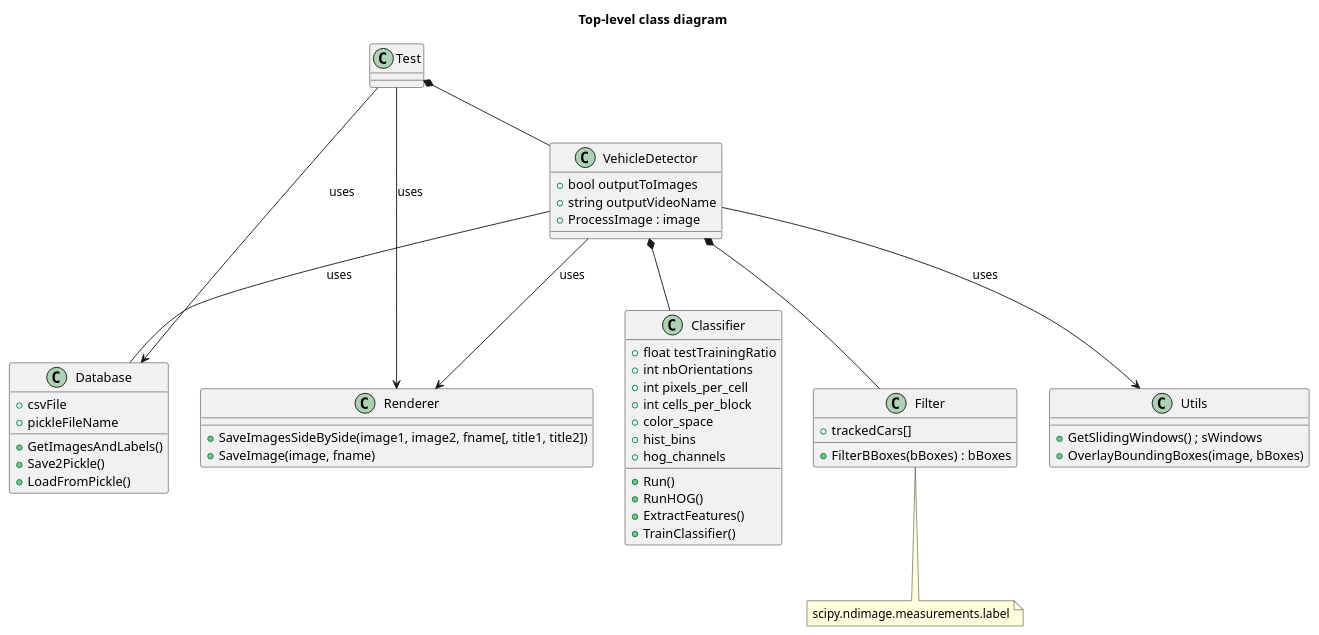
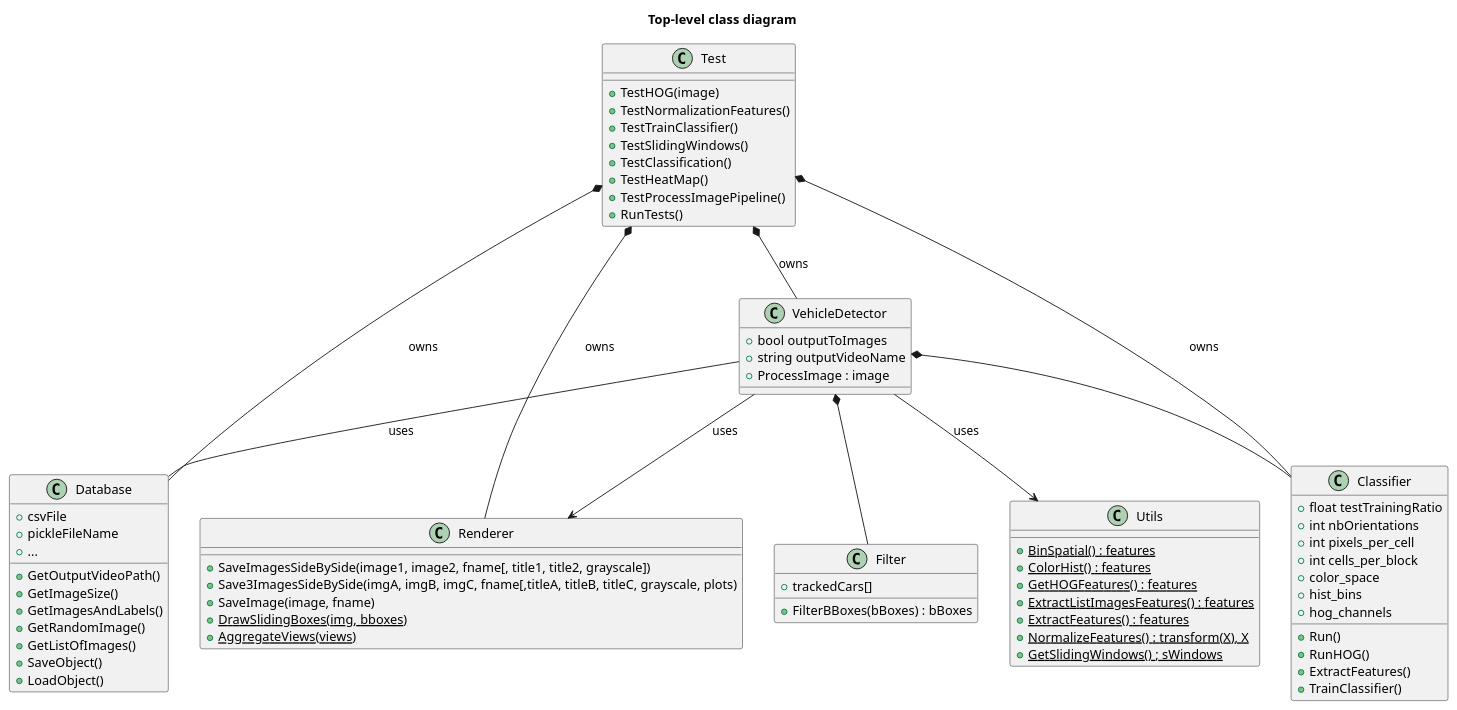
The diagram in plantuml/vehicle_detection.puml (Labonneguigue/CarND-Vehicle-Detection), drawn with PlantUML before and after one commit. The commit also changed 12 other files, not shown here.

```diff
--- a/plantuml/vehicle_detection.puml
+++ b/plantuml/vehicle_detection.puml
@@ -1,64 +1,83 @@
 @startuml
 title Top-level class diagram
 
 class Database {
     + csvFile
     + pickleFileName
+    + ...
+    + GetOutputVideoPath()
+    + GetImageSize()
     + GetImagesAndLabels()
-    + Save2Pickle()
-    + LoadFromPickle()
+    + GetRandomImage()
+    + GetListOfImages()
+    + SaveObject()
+    + LoadObject()
 }
 
 class Renderer {
-    + SaveImagesSideBySide(image1, image2, fname[, title1, title2])
+    + SaveImagesSideBySide(image1, image2, fname[, title1, title2, grayscale])
+    + Save3ImagesSideBySide(imgA, imgB, imgC, fname[,titleA, titleB, titleC, grayscale, plots)
     + SaveImage(image, fname)
+    + {static} DrawSlidingBoxes(img, bboxes)
+    + {static} AggregateViews(views)
 }
 
-class Test
+class Test {
+    + TestHOG(image)
+    + TestNormalizationFeatures()
+    + TestTrainClassifier()
+    + TestSlidingWindows()
+    + TestClassification()
+    + TestHeatMap()
+    + TestProcessImagePipeline()
+    + RunTests()
+}
 
 class VehicleDetector {
     + bool outputToImages
     + string outputVideoName
     + ProcessImage : image
 }
 
 class Classifier {
     + float testTrainingRatio
     + int nbOrientations
     + int pixels_per_cell
     + int cells_per_block
     + color_space
     + hist_bins
     + hog_channels
     + Run()
     + RunHOG()
     + ExtractFeatures()
     + TrainClassifier()
 }
 
 class Filter {
     + trackedCars[]
     + FilterBBoxes(bBoxes) : bBoxes
 }
 
 class Utils {
-    + GetSlidingWindows() ; sWindows
-    + OverlayBoundingBoxes(image, bBoxes)
+    + {static} BinSpatial() : features
+    + {static} ColorHist() : features
+    + {static} GetHOGFeatures() : features
+    + {static} ExtractListImagesFeatures() : features
+    + {static} ExtractFeatures() : features
+    + {static} NormalizeFeatures() : transform(X), X
+    + {static} GetSlidingWindows() ; sWindows
 }
 
-Test *-- VehicleDetector
-Test --> Renderer : uses
-Test --> Database : uses
+Test *-- VehicleDetector : owns
+Test *-- Renderer : owns
+Test *-- Database : owns
+Test *-- Classifier : owns
 
 VehicleDetector -- Database : uses
 VehicleDetector *-- Classifier
 VehicleDetector *-- Filter
 VehicleDetector --> Utils : uses
 VehicleDetector --> Renderer : uses
 
 
-note bottom of Filter
-    scipy.ndimage.measurements.label
-end note
-
 @enduml
```
